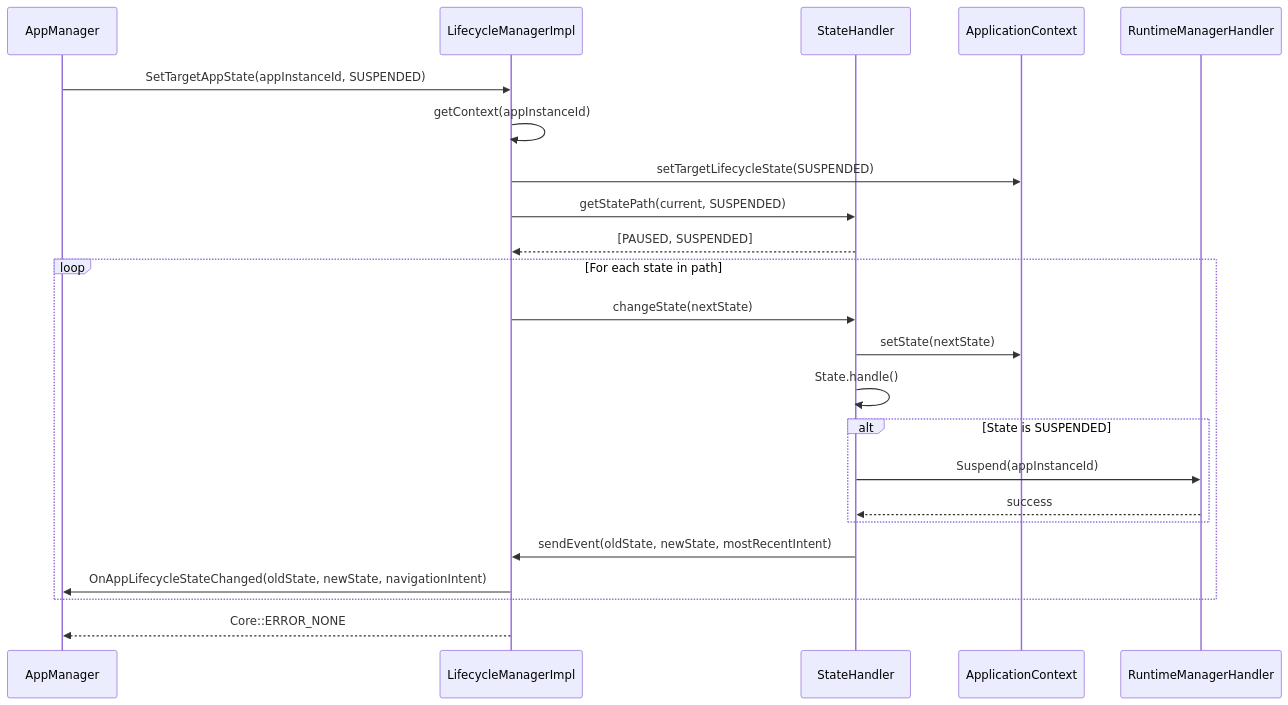
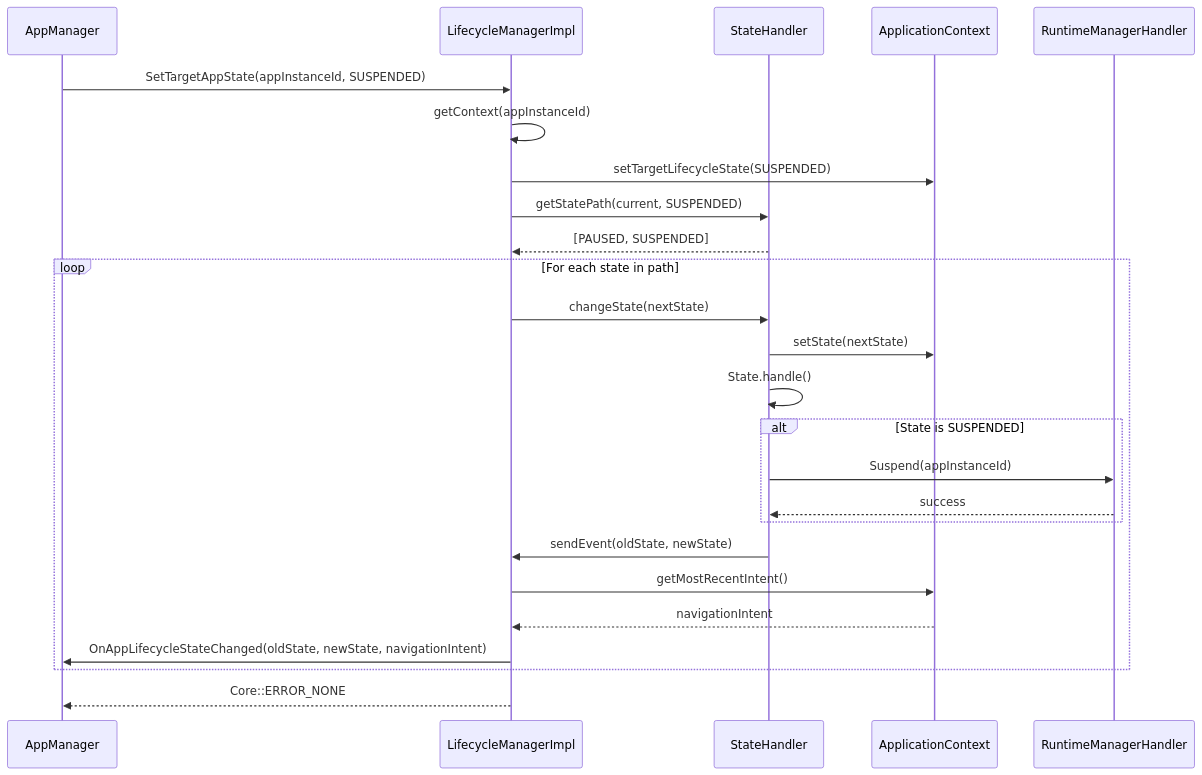
The fifth of 8 diagrams in LifecycleManager/LifecycleManager.md (rdkcentral/entservices-appmanagers), drawn with Mermaid before and after one commit.

Commit message:
Potential fix for pull request finding

````diff
--- a/LifecycleManager/LifecycleManager.md
+++ b/LifecycleManager/LifecycleManager.md
@@ -495,28 +495,30 @@
 ```mermaid
 sequenceDiagram
     participant AM as AppManager
     participant LCM as LifecycleManagerImpl
     participant SH as StateHandler
     participant AC as ApplicationContext
     participant RMH as RuntimeManagerHandler
 
     AM->>LCM: SetTargetAppState(appInstanceId, SUSPENDED)
     LCM->>LCM: getContext(appInstanceId)
     LCM->>AC: setTargetLifecycleState(SUSPENDED)
     LCM->>SH: getStatePath(current, SUSPENDED)
     SH-->>LCM: [PAUSED, SUSPENDED]
     
     loop For each state in path
         LCM->>SH: changeState(nextState)
         SH->>AC: setState(nextState)
         SH->>SH: State.handle()
         alt State is SUSPENDED
             SH->>RMH: Suspend(appInstanceId)
             RMH-->>SH: success
         end
-        SH->>LCM: sendEvent(oldState, newState, mostRecentIntent)
+        SH->>LCM: sendEvent(oldState, newState)
+        LCM->>AC: getMostRecentIntent()
+        AC-->>LCM: navigationIntent
         LCM->>AM: OnAppLifecycleStateChanged(oldState, newState, navigationIntent)
     end
     
     LCM-->>AM: Core::ERROR_NONE
 ```
````
